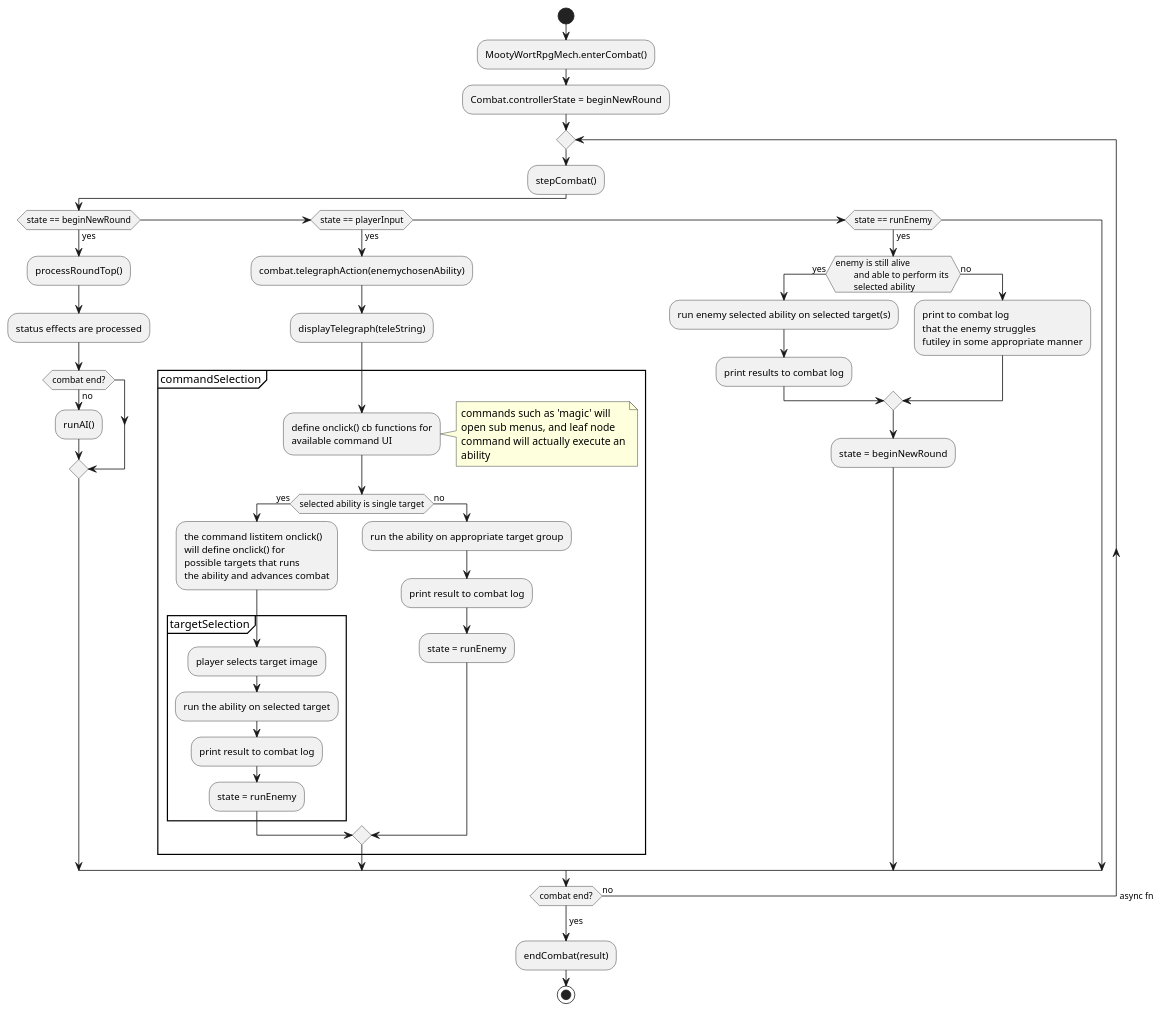
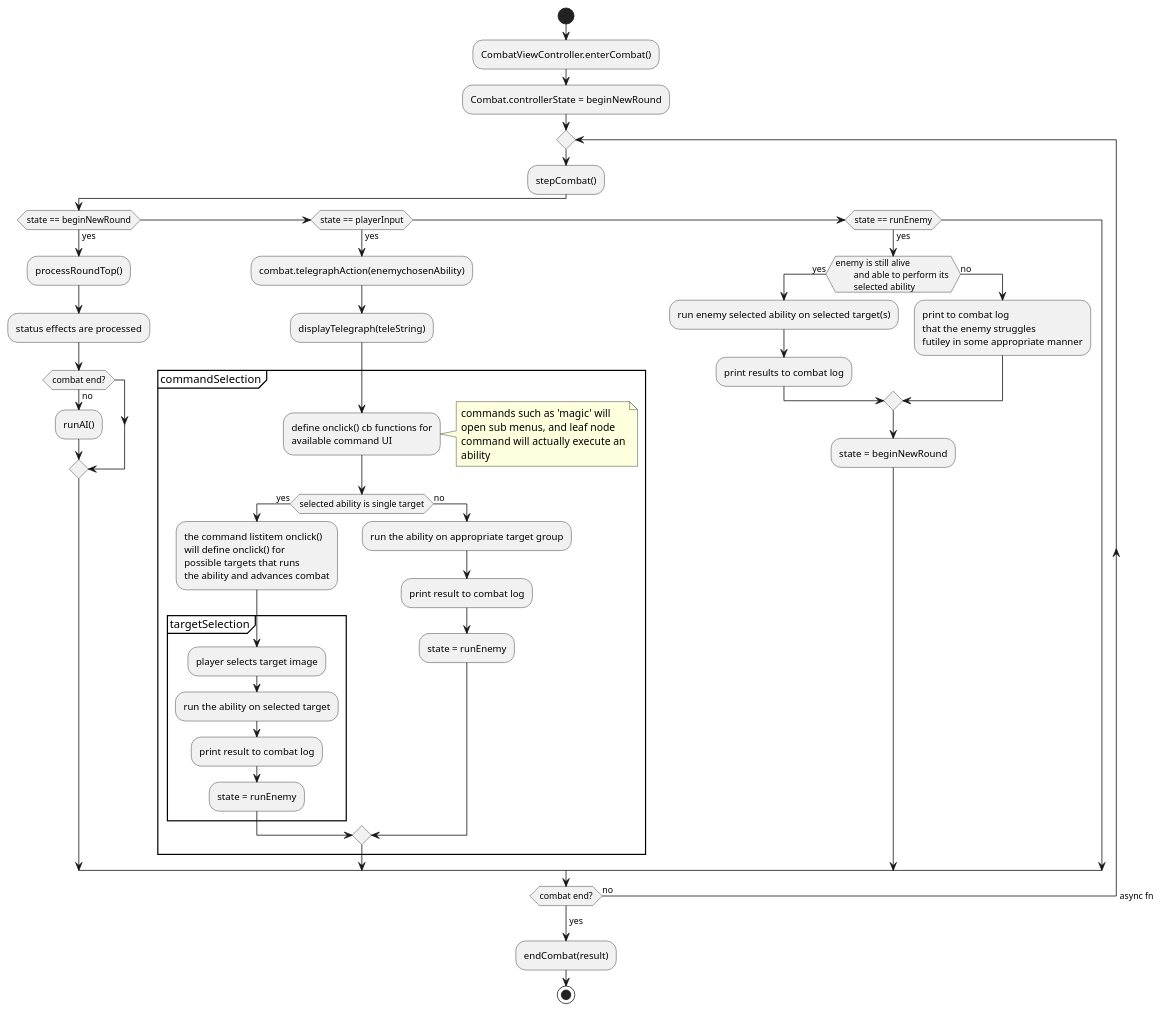
One commit to mysterymagination/adventures-of-mooty-wort changed the diagram in MoleLauncher/docs/combat_flow.puml. Above: the diagram before and after it, drawn with PlantUML. The commit also changed 3 other files, not shown here.

```diff
--- a/MoleLauncher/docs/combat_flow.puml
+++ b/MoleLauncher/docs/combat_flow.puml
@@ -40,59 +40,59 @@
 @startuml
 start
-:MootyWortRpgMech.enterCombat();
+:CombatViewController.enterCombat();
 :Combat.controllerState = beginNewRound;
 repeat
 :stepCombat();
 if (state == beginNewRound) then (yes)
   :processRoundTop();
   :status effects are processed;
   if (combat end?) then (no)
   	:runAI();
   endif
 elseif (state == playerInput) then (yes)
 	:combat.telegraphAction(enemychosenAbility);
 	:displayTelegraph(teleString);
 	partition commandSelection {
 		:define onclick() cb functions for 
 		available command UI;
 		note right
 		commands such as 'magic' will 
 		open sub menus, and leaf node
 		command will actually execute an
 		ability
 		end note
 		if (selected ability is single target) then (yes)
 		:the command listitem onclick() 
 		will define onclick() for 
 		possible targets that runs 
 		the ability and advances combat;
 		partition targetSelection {
 			:player selects target image;
 			:run the ability on selected target;
             :print result to combat log;
             :state = runEnemy;
 		}
 		else (no)
 			:run the ability on appropriate target group;
             :print result to combat log;
             :state = runEnemy;
 		endif
 	}
 elseif (state == runEnemy) then (yes)
 	if (enemy is still alive 
 	and able to perform its 
 	selected ability) then (yes)
 		:run enemy selected ability on selected target(s);
         :print results to combat log;
     else (no)
     	:print to combat log 
     	that the enemy struggles 
     	futiley in some appropriate manner;
 	endif
 	:state = beginNewRound;
 endif
 repeat while (combat end?) is (no) -> async fn
 	->yes;
 	:endCombat(result);
 stop
 @enduml
```
